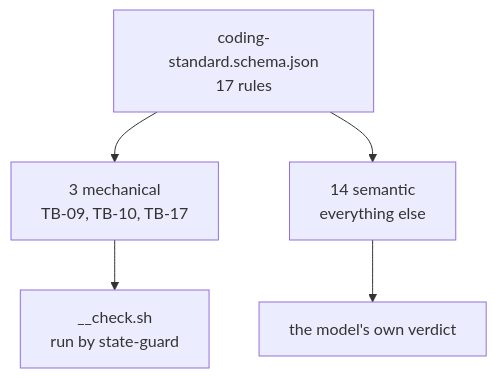
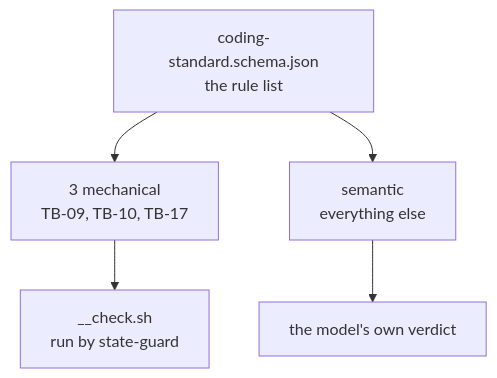
One commit to sub0xdai/n0x-pi changed the third of 5 diagrams in agent/harness-map.md. Above: the diagram before and after it, drawn with Mermaid. The commit also changed other lines of this file and 5 other files, not shown here.

First line of the commit message:
feat(standard): add six TIGER_STYLE rules and a reviewable corpus

````diff
--- a/agent/harness-map.md
+++ b/agent/harness-map.md
@@ -121,12 +123,12 @@
 ```mermaid
 flowchart TB
-    CS["coding-standard.schema.json<br/>17 rules"]
+    CS["coding-standard.schema.json<br/>the rule list"]
     M3["3 mechanical<br/>TB-09, TB-10, TB-17"]
-    S14["14 semantic<br/>everything else"]
+    S14["semantic<br/>everything else"]
     G["__check.sh<br/>run by state-guard"]
     SELF["the model's own verdict"]
     CS --> M3
     CS --> S14
     M3 --> G
     S14 --> SELF
 ```
````
